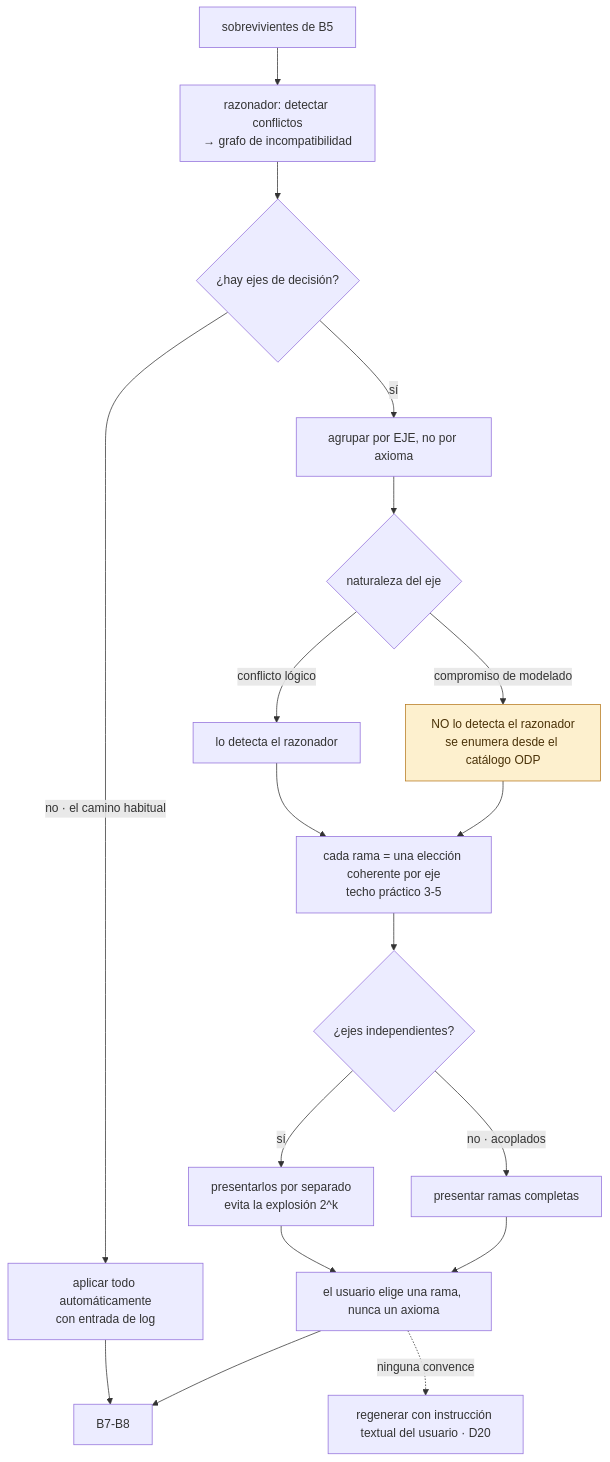
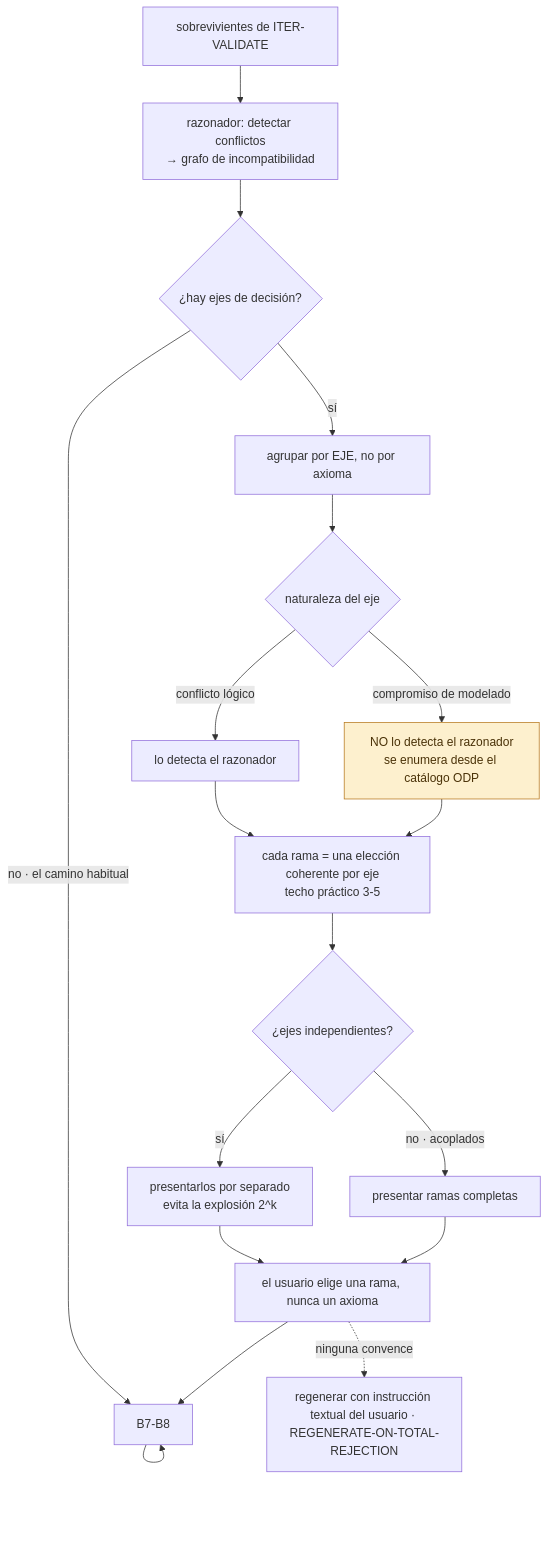
Before and after one commit to gonzatorte/ontology_and_llm_pipeline: the fifth of 8 diagrams in especificacion_pipeline_ontologia.md, drawn with Mermaid. The commit also changed other lines of this file, not shown here.

````diff
--- a/especificacion_pipeline_ontologia.md
+++ b/especificacion_pipeline_ontologia.md
@@ -658,23 +658,23 @@
 ```mermaid
 flowchart TB
-  SURV["sobrevivientes de B5"] --> CONF["razonador: detectar conflictos<br/>→ grafo de incompatibilidad"]
+  SURV["sobrevivientes de ITER-VALIDATE"] --> CONF["razonador: detectar conflictos<br/>→ grafo de incompatibilidad"]
   CONF --> AX{"¿hay ejes de decisión?"}
   AX -->|"no · el camino habitual"| APPLY["aplicar todo automáticamente<br/>con entrada de log"]
   AX -->|"sí"| GROUP["agrupar por EJE, no por axioma"]
   GROUP --> SRC{"naturaleza del eje"}
   SRC -->|"conflicto lógico"| L["lo detecta el razonador"]
   SRC -->|"compromiso de modelado"| MOD["NO lo detecta el razonador<br/>se enumera desde el catálogo ODP"]
   L --> BUILD
   MOD --> BUILD["cada rama = una elección coherente por eje<br/>techo práctico 3-5"]
   BUILD --> IND{"¿ejes independientes?"}
   IND -->|"sí"| SEP["presentarlos por separado<br/>evita la explosión 2^k"]
   IND -->|"no · acoplados"| FULL["presentar ramas completas"]
   SEP --> PICK
   FULL --> PICK["el usuario elige una rama, nunca un axioma"]
-  PICK --> B78["B7-B8"]
-  APPLY --> B78
-  PICK -.->|"ninguna convence"| REGEN["regenerar con instrucción textual del usuario · D20"]
+  PICK --> APPLY["B7-B8"]
+  APPLY --> APPLY
+  PICK -.->|"ninguna convence"| REGEN["regenerar con instrucción textual del usuario · REGENERATE-ON-TOTAL-REJECTION"]
 
   classDef key fill:#fdf0ce,stroke:#b7791f,color:#4a3208
   class MOD key
 ```
````
